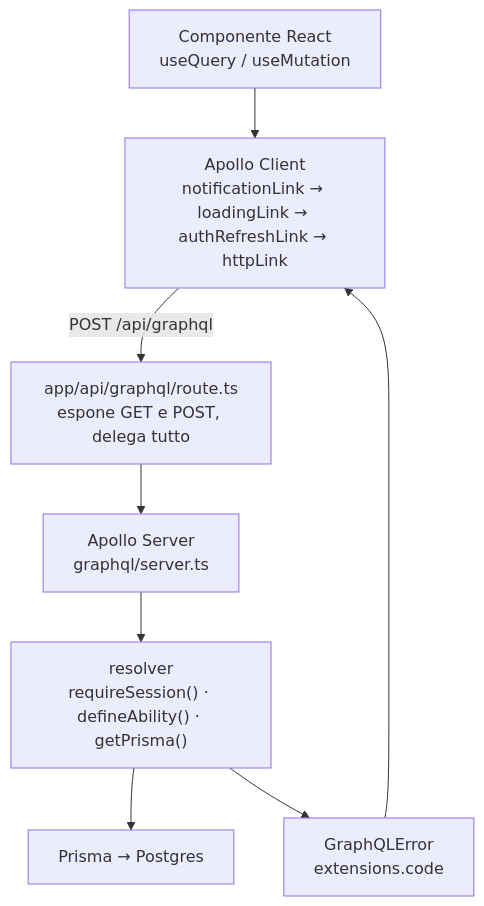
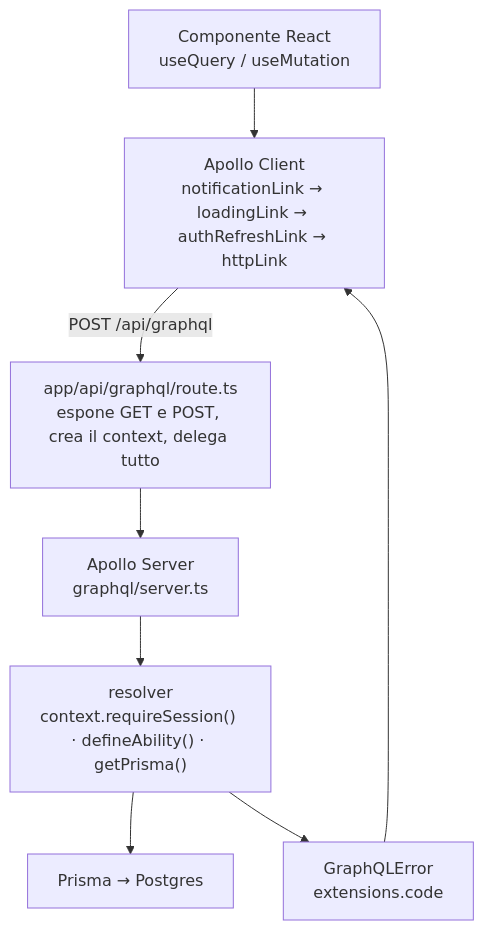
Before and after one commit to angelapedicini/helpdesk: the first of 3 diagrams in docs/architecture/data-flow.md, drawn with Mermaid. The commit also changed other lines of this file and 34 other files, not shown here.

Commit message:
aggiunto context meso a posto la documentazione. adesso mi concetro sul resto della documentazione con data flow

````diff
--- a/docs/architecture/data-flow.md
+++ b/docs/architecture/data-flow.md
@@ -17,10 +17,10 @@
 ```mermaid
 flowchart TD
   A["Componente React<br/>useQuery / useMutation"] --> C["Apollo Client<br/>notificationLink → loadingLink → authRefreshLink → httpLink"]
-  C -->|"POST /api/graphql"| R["app/api/graphql/route.ts<br/>espone GET e POST, delega tutto"]
+  C -->|"POST /api/graphql"| R["app/api/graphql/route.ts<br/>espone GET e POST, crea il context, delega tutto"]
   R --> D["Apollo Server<br/>graphql/server.ts"]
-  D --> F["resolver<br/>requireSession() · defineAbility() · getPrisma()"]
+  D --> F["resolver<br/>context.requireSession() · defineAbility() · getPrisma()"]
   F --> P["Prisma → Postgres"]
   F --> E["GraphQLError<br/>extensions.code"]
   E --> C
 ```
````
